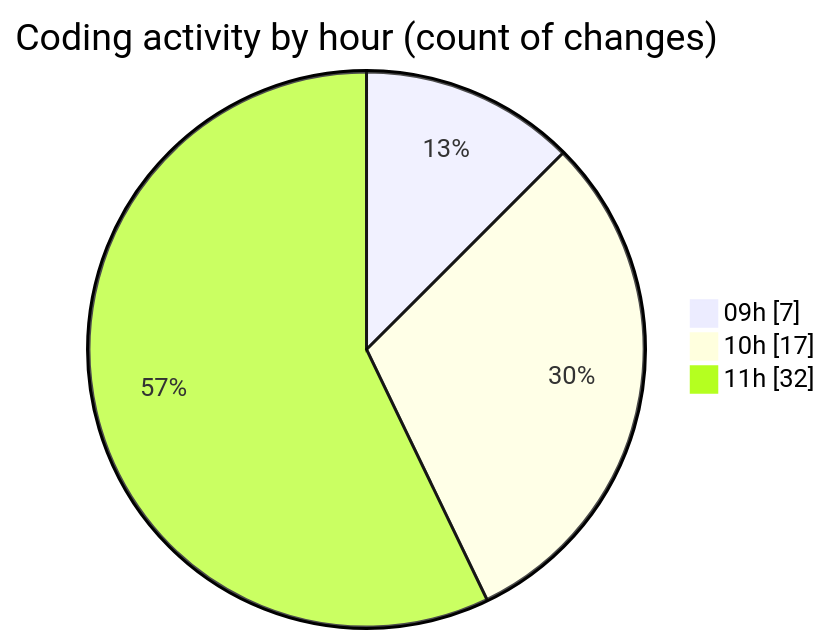
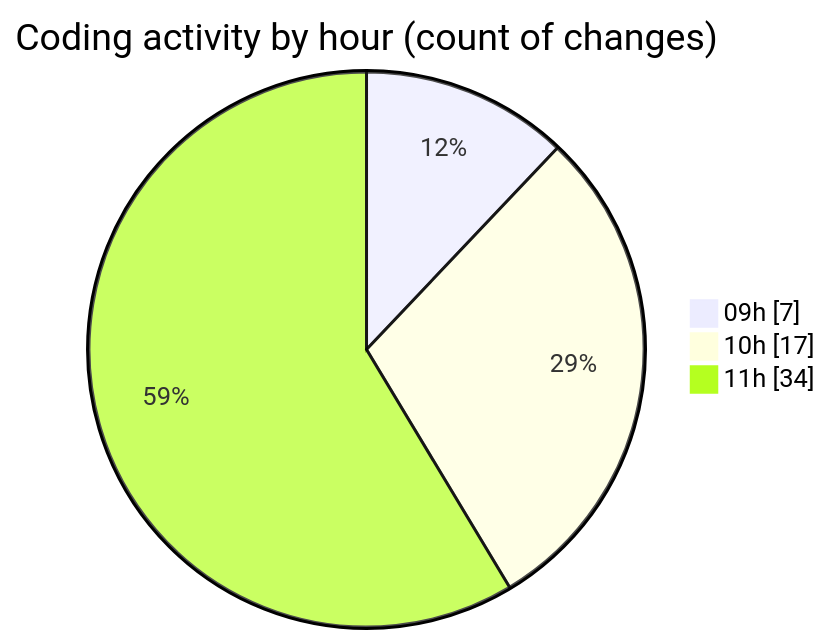
One commit to momahboobian/code-tracking changed the second of 2 diagrams in 2026-07-22/cda/README.md. Above: the diagram before and after it, drawn with Mermaid. The commit also changed other lines of this file and 1 other file, not shown here.

````diff
--- a/2026-07-22/cda/README.md
+++ b/2026-07-22/cda/README.md
@@ -40,7 +40,7 @@
 ```mermaid
 pie showData
 title Coding activity by hour (count of changes)
 "09h" : 7
 "10h" : 17
-"11h" : 32
+"11h" : 34
 ```
````
